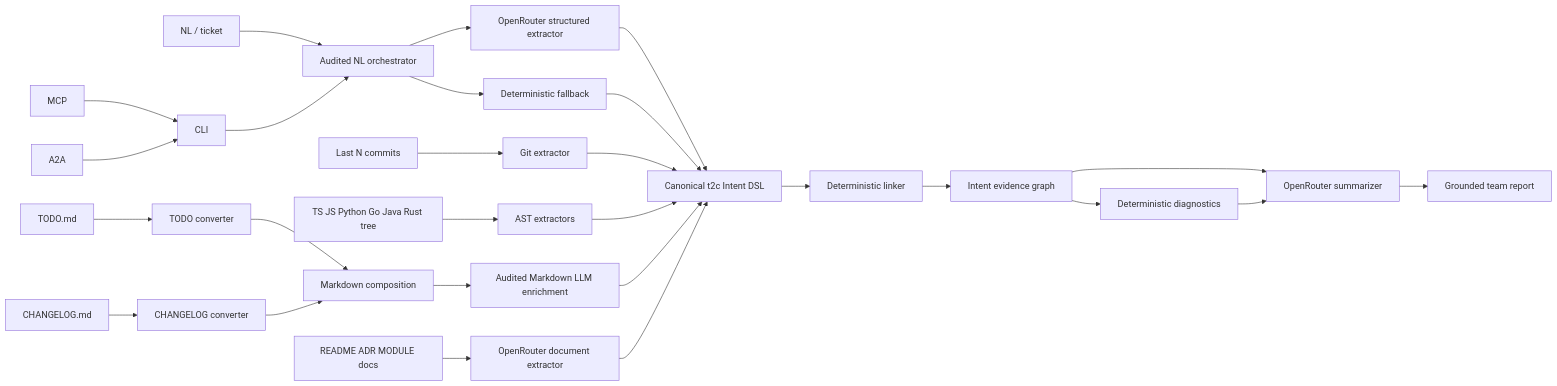
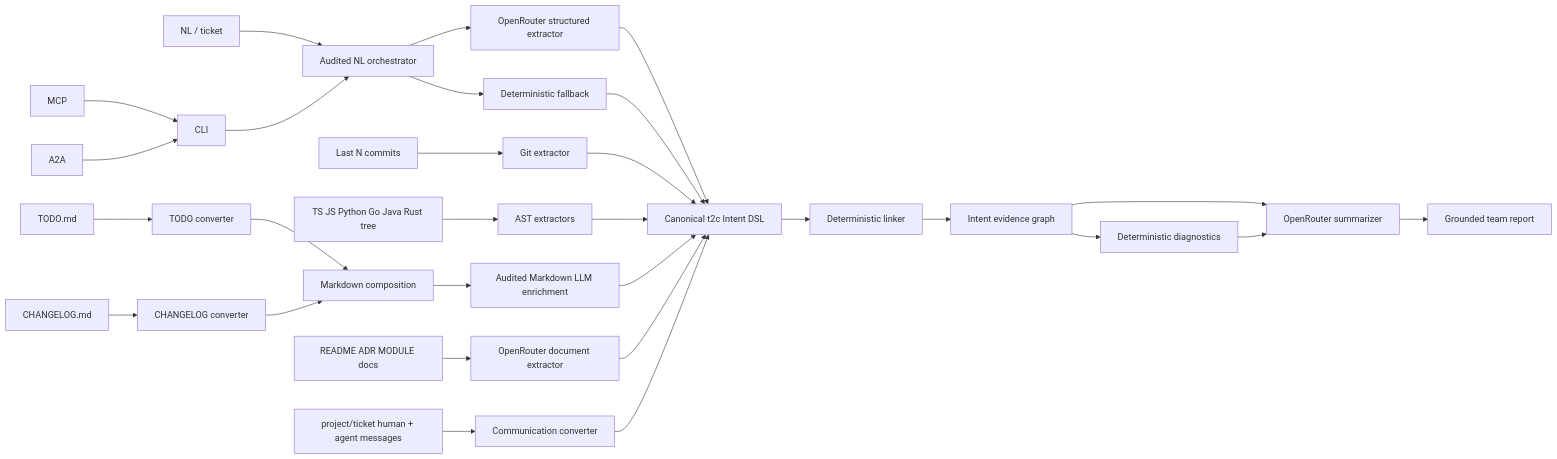
The diagram in docs/ARCHITECTURE.md (autogrammar/todo2code), drawn with Mermaid before and after one commit. The commit also changed other lines of this file and 44 other files, not shown here.

Commit message:
release: add ticket communication analysis

````diff
--- a/docs/ARCHITECTURE.md
+++ b/docs/ARCHITECTURE.md
@@ -5,32 +5,34 @@
 ```mermaid
 flowchart LR
     NL[NL / ticket] --> NLO[Audited NL orchestrator]
     NLO --> NLLM[OpenRouter structured extractor]
     NLO --> NLE[Deterministic fallback]
     GIT[Last N commits] --> GE[Git extractor]
     CODE[TS JS Python Go Java Rust tree] --> AE[AST extractors]
     TODO[TODO.md] --> TE[TODO converter]
     CHG[CHANGELOG.md] --> CE[CHANGELOG converter]
     TE --> ME[Markdown composition]
     CE --> ME
     ME --> MLO[Audited Markdown LLM enrichment]
     DOCS[README ADR MODULE docs] --> ORE[OpenRouter document extractor]
+    COMM[project/ticket human + agent messages] --> COMME[Communication converter]
 
     NLLM --> DSL[Canonical t2c Intent DSL]
     NLE --> DSL
     GE --> DSL
     AE --> DSL
     MLO --> DSL
     ORE --> DSL
+    COMME --> DSL
 
     DSL --> LINK[Deterministic linker]
     LINK --> GRAPH[Intent evidence graph]
     GRAPH --> DIAG[Deterministic diagnostics]
     GRAPH --> SUM[OpenRouter summarizer]
     DIAG --> SUM
     SUM --> REPORT[Grounded team report]
 
     CLI --> NLO
     MCP --> CLI
     A2A --> CLI
 ```
````
